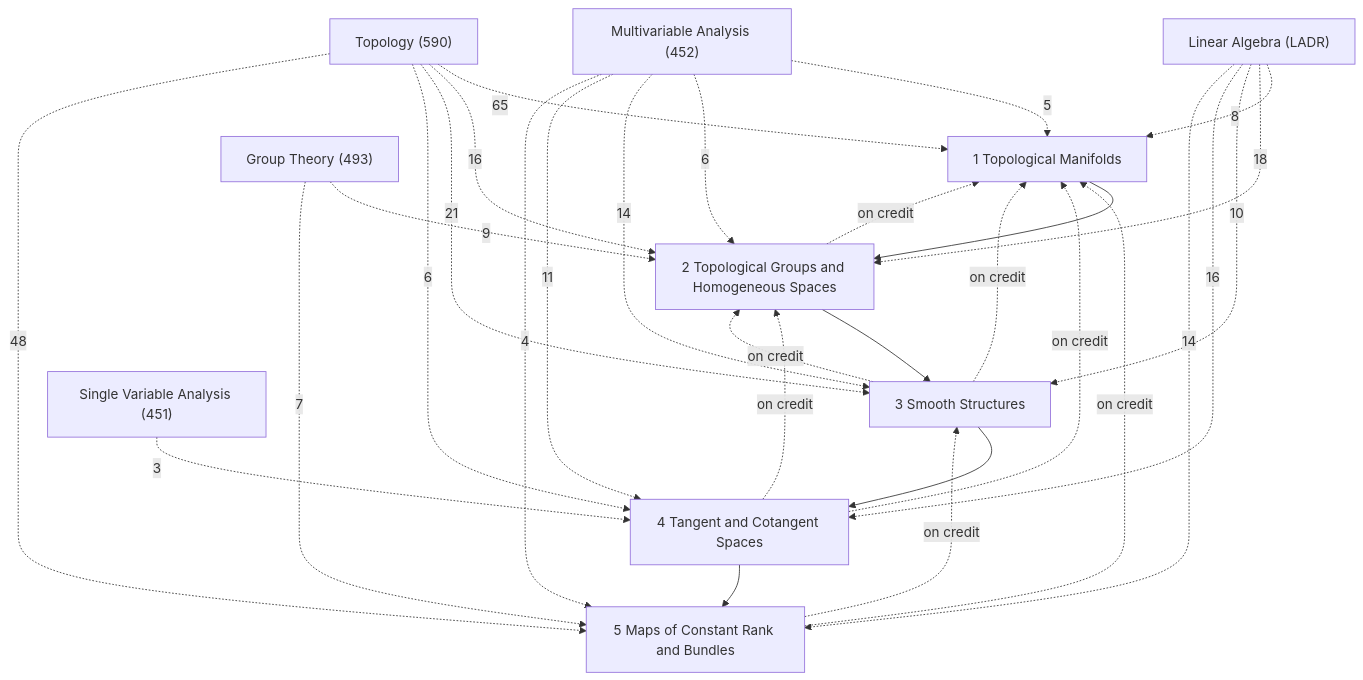
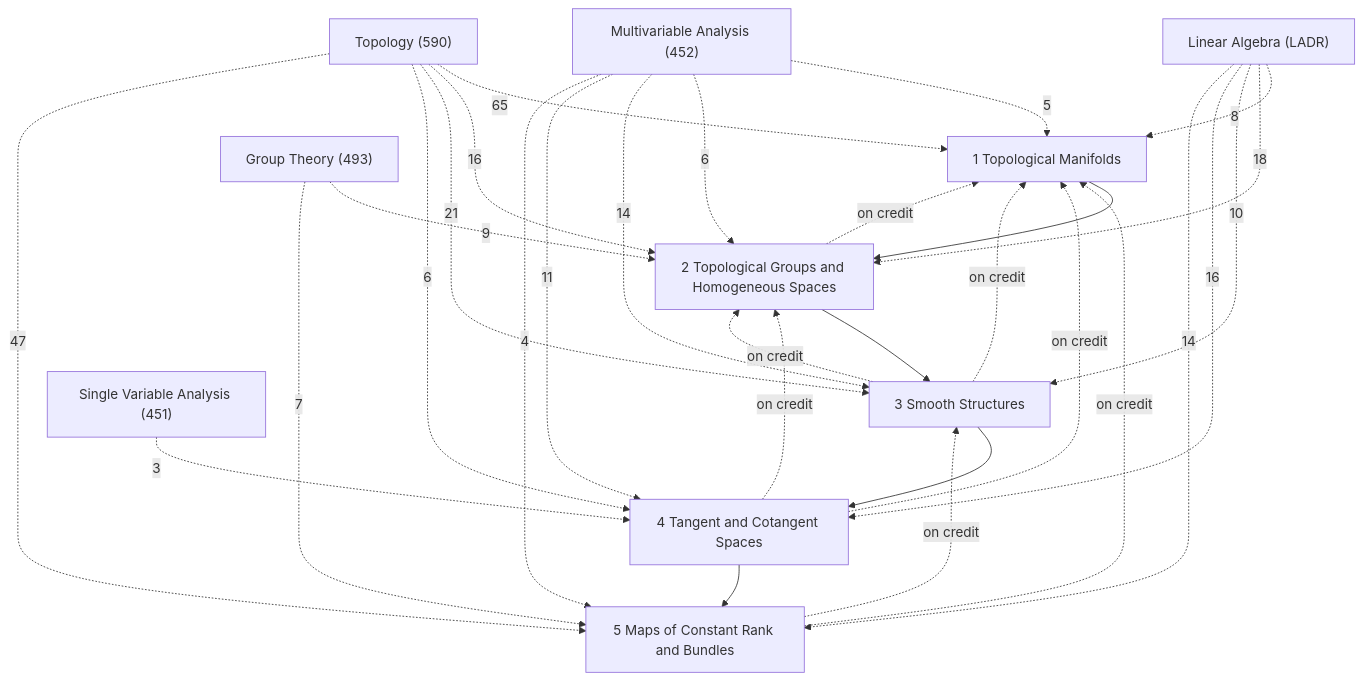
One commit to Onion20040508/notes changed the diagram in Math/Differentiable Manifolds/Differentiable Manifolds.md. Above: the diagram before and after it, drawn with Mermaid. The commit also changed 19 other files, not shown here.

````diff
--- a/Math/Differentiable Manifolds/Differentiable Manifolds.md
+++ b/Math/Differentiable Manifolds/Differentiable Manifolds.md
@@ -27,42 +27,42 @@
 ```mermaid
 graph TD
   C1["1 Topological Manifolds"]
   C2["2 Topological Groups and Homogeneous Spaces"]
   C3["3 Smooth Structures"]
   C4["4 Tangent and Cotangent Spaces"]
   C5["5 Maps of Constant Rank and Bundles"]
   X1["Topology (590)"]
   X2["Multivariable Analysis (452)"]
   X3["Linear Algebra (LADR)"]
   X4["Group Theory (493)"]
   X5["Single Variable Analysis (451)"]
   C1 --> C2
   C2 --> C3
   C3 --> C4
   C4 --> C5
   C2 -.->|on credit| C1
   C3 -.->|on credit| C1
   C3 -.->|on credit| C2
   C4 -.->|on credit| C1
   C4 -.->|on credit| C2
   C5 -.->|on credit| C1
   C5 -.->|on credit| C3
   X4 -.->|9| C2
   X4 -.->|7| C5
   X3 -.->|8| C1
   X3 -.->|18| C2
   X3 -.->|10| C3
   X3 -.->|16| C4
   X3 -.->|14| C5
   X2 -.->|5| C1
   X2 -.->|6| C2
   X2 -.->|14| C3
   X2 -.->|11| C4
   X2 -.->|4| C5
   X5 -.->|3| C4
   X1 -.->|65| C1
   X1 -.->|16| C2
   X1 -.->|21| C3
   X1 -.->|6| C4
-  X1 -.->|48| C5
+  X1 -.->|47| C5
 ```
````
